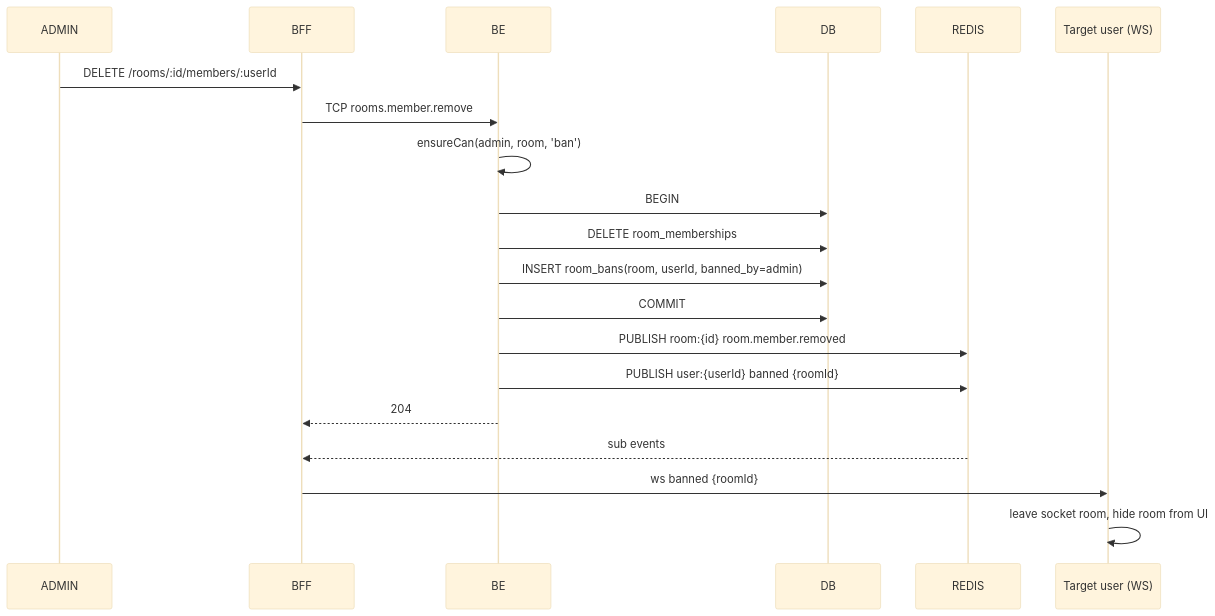
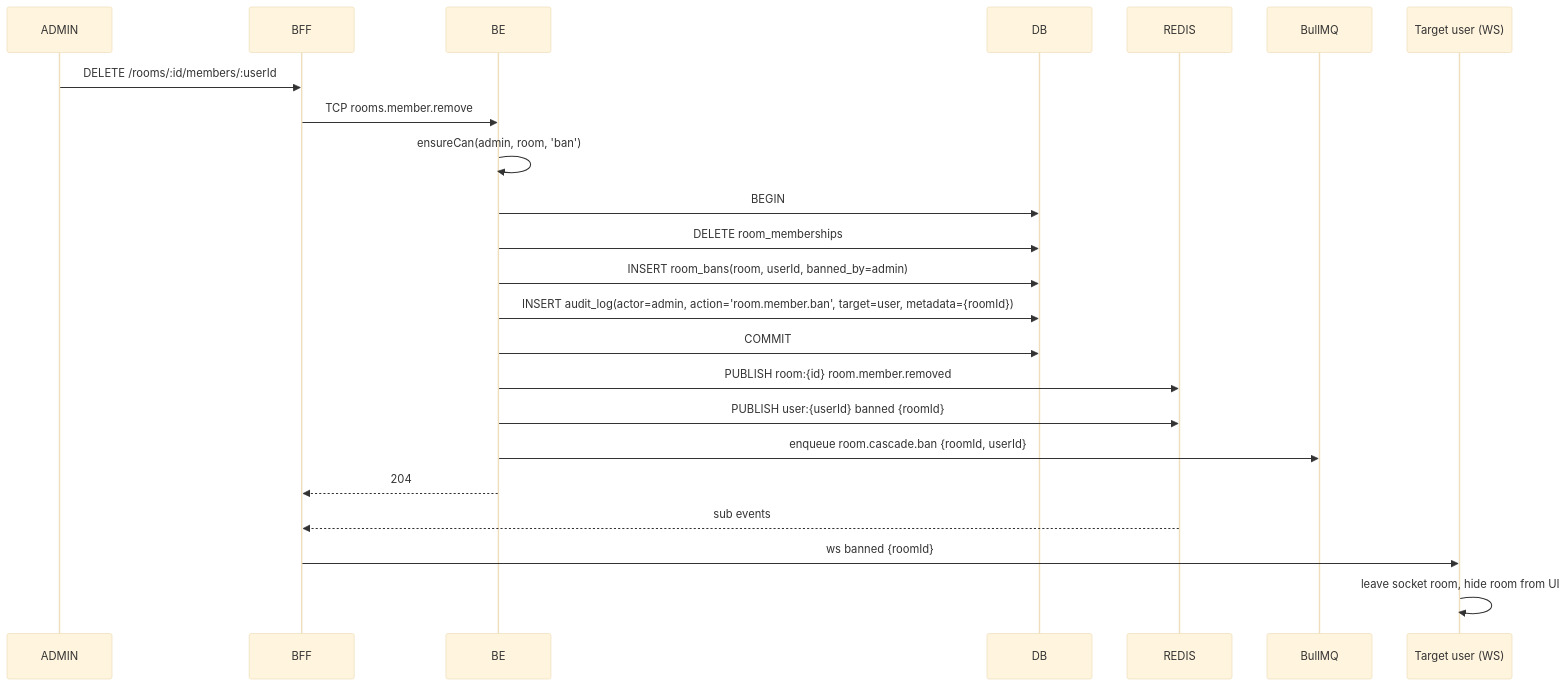
Before and after one commit to abobreshov/da-hackaton: the first of 5 diagrams in mng/architecture/flow/06-moderation.md, drawn with Mermaid (base theme). The commit also changed other lines of this file and 242 other files, not shown here.

````diff
--- a/mng/architecture/flow/06-moderation.md
+++ b/mng/architecture/flow/06-moderation.md
@@ -5,22 +5,25 @@
 ```mermaid
 sequenceDiagram
     participant ADMIN
     participant BFF
     participant BE
     participant DB
     participant REDIS
+    participant Q as BullMQ
     participant TARGET as Target user (WS)
     ADMIN->>BFF: DELETE /rooms/:id/members/:userId
     BFF->>BE: TCP rooms.member.remove
     BE->>BE: ensureCan(admin, room, 'ban')
     BE->>DB: BEGIN
     BE->>DB: DELETE room_memberships
     BE->>DB: INSERT room_bans(room, userId, banned_by=admin)
+    BE->>DB: INSERT audit_log(actor=admin, action='room.member.ban', target=user, metadata={roomId})
     BE->>DB: COMMIT
     BE->>REDIS: PUBLISH room:{id} room.member.removed
     BE->>REDIS: PUBLISH user:{userId} banned {roomId}
+    BE->>Q: enqueue room.cascade.ban {roomId, userId}
     BE-->>BFF: 204
     REDIS-->>BFF: sub events
     BFF->>TARGET: ws banned {roomId}
     TARGET->>TARGET: leave socket room, hide room from UI
 ```
````
